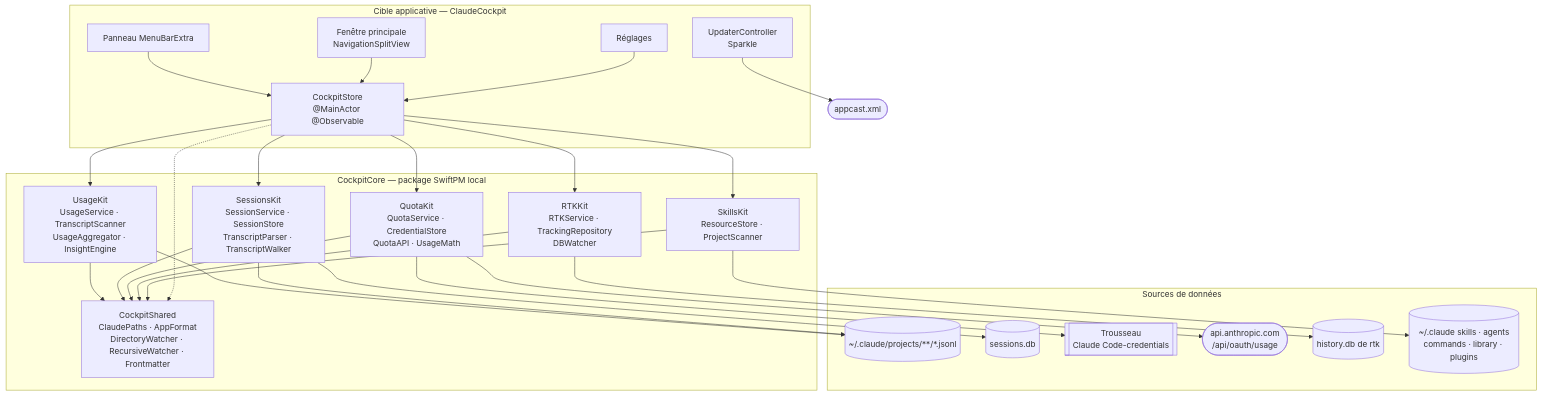
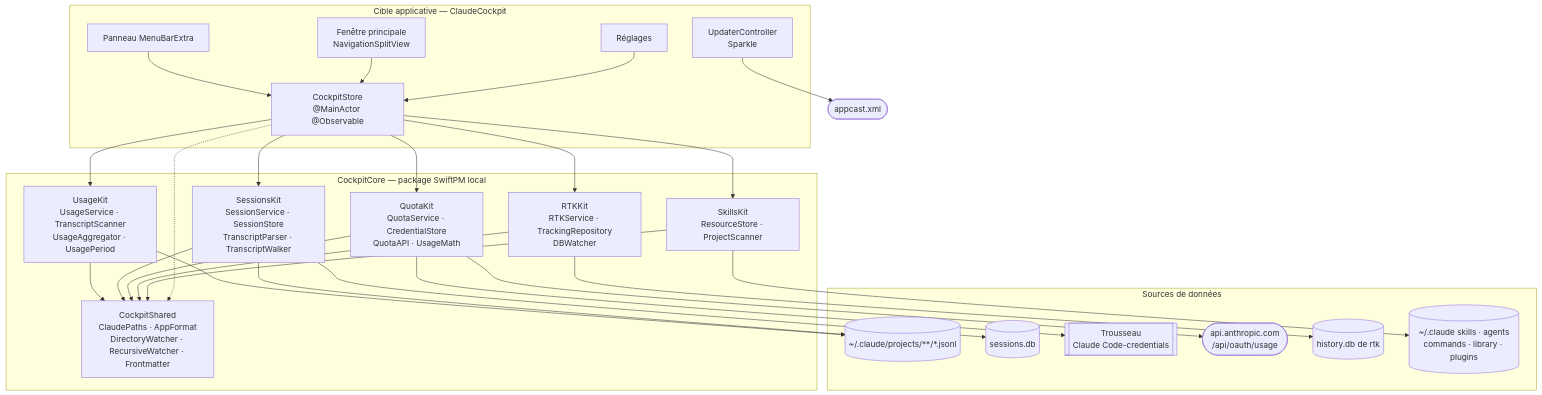
One commit to smartcolibri/ClaudeCockpit changed the diagram in ARCHITECTURE.md. Above: the diagram before and after it, drawn with Mermaid. The commit also changed other lines of this file and 2 other files, not shown here.

Commit message:
docs: describe the usage history horizon and synthetic turns

````diff
--- a/ARCHITECTURE.md
+++ b/ARCHITECTURE.md
@@ -32,52 +32,52 @@
 ```mermaid
 flowchart TD
     subgraph app["Cible applicative — ClaudeCockpit"]
         MB["Panneau MenuBarExtra"]
         WIN["Fenêtre principale<br/>NavigationSplitView"]
         SET["Réglages"]
         UPD["UpdaterController<br/>Sparkle"]
         STORE["CockpitStore<br/>@MainActor @Observable"]
         MB --> STORE
         WIN --> STORE
         SET --> STORE
     end
 
     subgraph core["CockpitCore — package SwiftPM local"]
         SHARED["CockpitShared<br/>ClaudePaths · AppFormat<br/>DirectoryWatcher · RecursiveWatcher · Frontmatter"]
-        USAGE["UsageKit<br/>UsageService · TranscriptScanner<br/>UsageAggregator · InsightEngine"]
+        USAGE["UsageKit<br/>UsageService · TranscriptScanner<br/>UsageAggregator · UsagePeriod"]
         SESSIONS["SessionsKit<br/>SessionService · SessionStore<br/>TranscriptParser · TranscriptWalker"]
         QUOTA["QuotaKit<br/>QuotaService · CredentialStore<br/>QuotaAPI · UsageMath"]
         RTK["RTKKit<br/>RTKService · TrackingRepository<br/>DBWatcher"]
         SKILLS["SkillsKit<br/>ResourceStore · ProjectScanner"]
         USAGE --> SHARED
         SESSIONS --> SHARED
         QUOTA --> SHARED
         RTK --> SHARED
         SKILLS --> SHARED
     end
 
     subgraph data["Sources de données"]
         JSONL[("~/.claude/projects/**/*.jsonl")]
         SDB[("sessions.db")]
         KC[["Trousseau<br/>Claude Code-credentials"]]
         API(["api.anthropic.com<br/>/api/oauth/usage"])
         DB[("history.db de rtk")]
         FS[("~/.claude skills · agents<br/>commands · library · plugins")]
     end
 
     STORE --> USAGE
     STORE --> SESSIONS
     STORE --> QUOTA
     STORE --> RTK
     STORE --> SKILLS
     STORE -.-> SHARED
     UPD --> FEED(["appcast.xml"])
 
     USAGE --> JSONL
     SESSIONS --> JSONL
     SESSIONS --> SDB
     QUOTA --> KC
     QUOTA --> API
     RTK --> DB
     SKILLS --> FS
 ```
````
